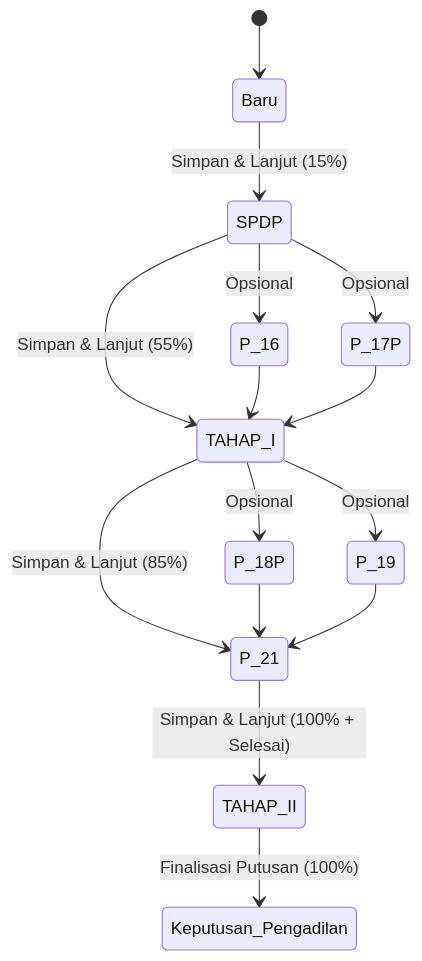
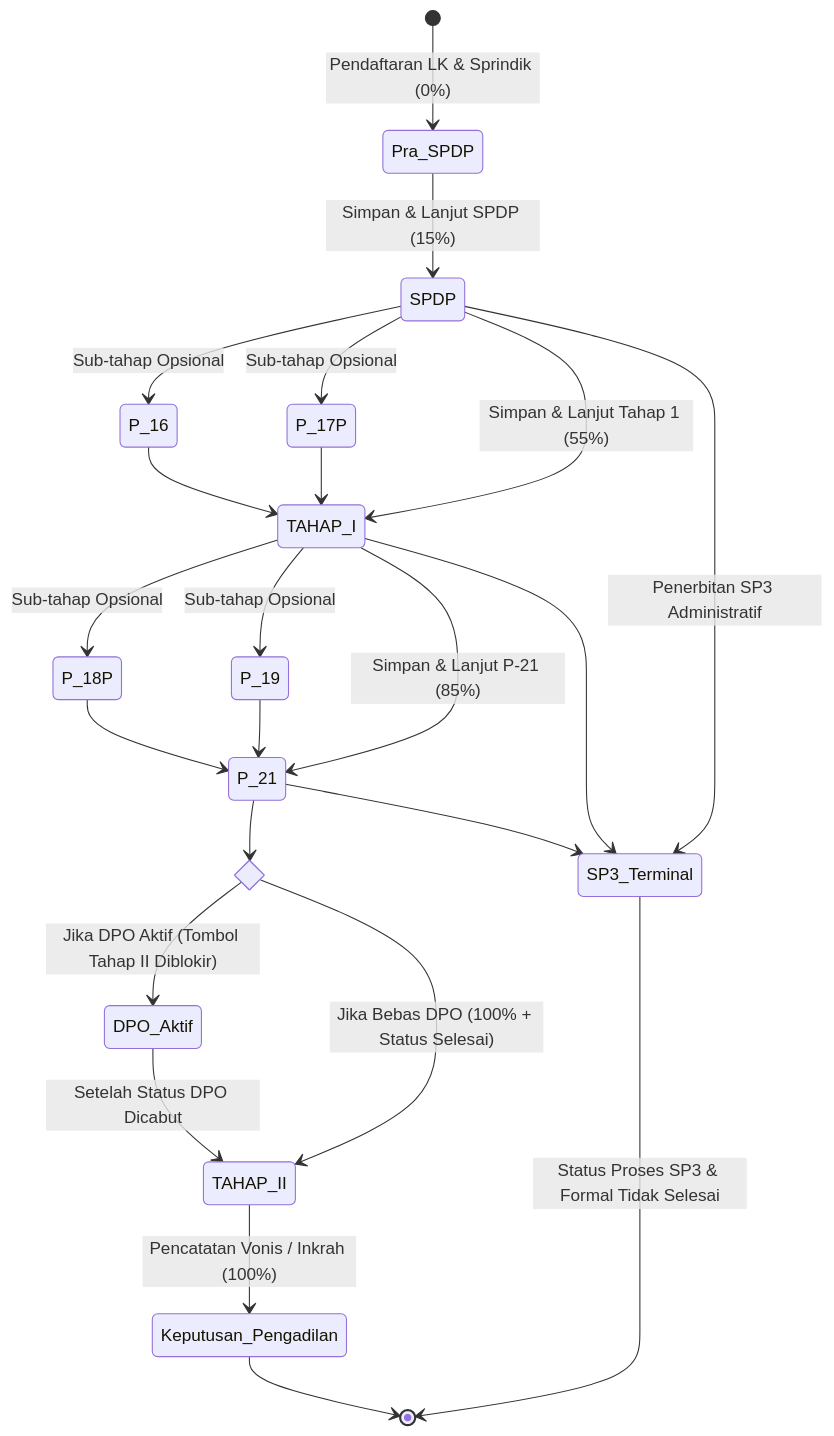
Before and after one commit to waris-arjuna/BAPTwo: the third of 3 diagrams in ARCHITECTURE.md, drawn with Mermaid. The commit also changed other lines of this file and 36 other files, not shown here.

````diff
--- a/ARCHITECTURE.md
+++ b/ARCHITECTURE.md
@@ -273,17 +186,31 @@
 ```mermaid
 stateDiagram-v2
-    [*] --> Baru
-    Baru --> SPDP : Simpan & Lanjut (15%)
-    SPDP --> P_16 : Opsional
-    SPDP --> P_17P : Opsional
-    SPDP --> TAHAP_I : Simpan & Lanjut (55%)
+    [*] --> Pra_SPDP : Pendaftaran LK & Sprindik (0%)
+    Pra_SPDP --> SPDP : Simpan & Lanjut SPDP (15%)
+    
+    SPDP --> P_16 : Sub-tahap Opsional
+    SPDP --> P_17P : Sub-tahap Opsional
+    SPDP --> TAHAP_I : Simpan & Lanjut Tahap 1 (55%)
     P_16 --> TAHAP_I
     P_17P --> TAHAP_I
-    TAHAP_I --> P_18P : Opsional
-    TAHAP_I --> P_19 : Opsional
-    TAHAP_I --> P_21 : Simpan & Lanjut (85%)
+    
+    TAHAP_I --> P_18P : Sub-tahap Opsional
+    TAHAP_I --> P_19 : Sub-tahap Opsional
+    TAHAP_I --> P_21 : Simpan & Lanjut P-21 (85%)
     P_18P --> P_21
     P_19 --> P_21
-    P_21 --> TAHAP_II : Simpan & Lanjut (100% + Selesai)
-    TAHAP_II --> Keputusan_Pengadilan : Finalisasi Putusan (100%)
+    
+    state DPO_Fork <<choice>>
+    P_21 --> DPO_Fork
+    DPO_Fork --> DPO_Aktif : Jika DPO Aktif (Tombol Tahap II Diblokir)
+    DPO_Fork --> TAHAP_II : Jika Bebas DPO (100% + Status Selesai)
+    DPO_Aktif --> TAHAP_II : Setelah Status DPO Dicabut
+    
+    TAHAP_II --> Keputusan_Pengadilan : Pencatatan Vonis / Inkrah (100%)
+    Keputusan_Pengadilan --> [*]
+    
+    SPDP --> SP3_Terminal : Penerbitan SP3 Administratif
+    TAHAP_I --> SP3_Terminal
+    P_21 --> SP3_Terminal
+    SP3_Terminal --> [*] : Status Proses SP3 & Formal Tidak Selesai
 ```
````
